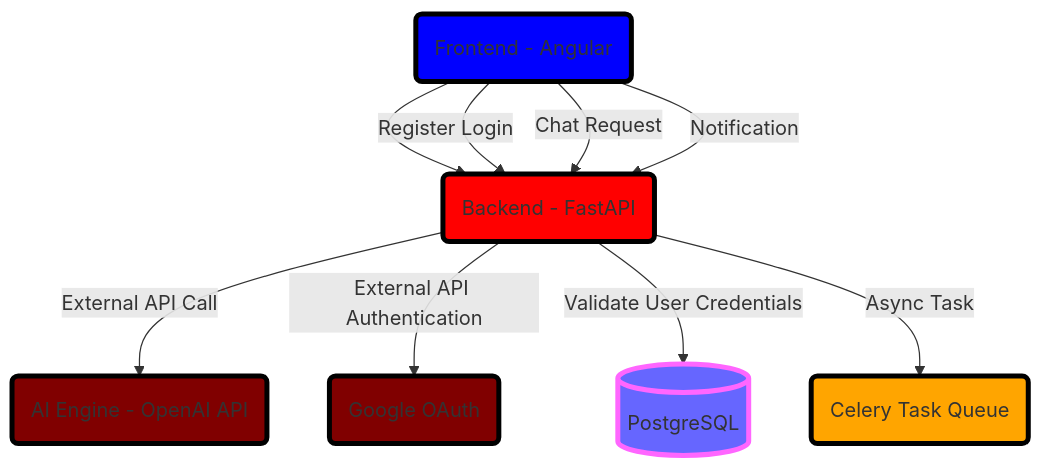
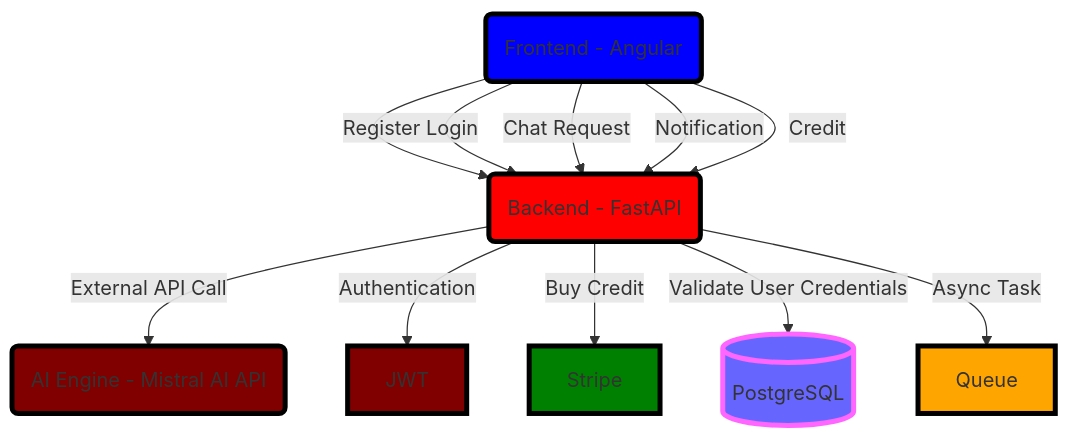
Before and after one commit to Joy-Ese/JayBank-Support-App: the first of 2 diagrams in mermaid.md, drawn with Mermaid. The commit also changed other lines of this file, not shown here.

````diff
--- a/mermaid.md
+++ b/mermaid.md
@@ -2,18 +2,21 @@
 ``` mermaid
 flowchart TD;
     FE("Frontend - Angular") --> BE("Backend - FastAPI")
-    BE -->|External API Call| AI("AI Engine - OpenAI API")
-    BE -->|External API Authentication| JWT("Google OAuth")
+    BE -->|External API Call| AI("AI Engine - Mistral AI API")
+    BE -->|Authentication| JWT
     FE -->|Register Login| BE
     FE -->|Chat Request| BE
     FE -->|Notification| BE
+    FE -->|Credit| BE
+    BE -->|Buy Credit| Stripe
     BE -->|Validate User Credentials| Database[(PostgreSQL)]
-    BE -->|Async Task| Queue("Celery Task Queue")
+    BE -->|Async Task| Queue
 
     style Database fill:#66f,stroke:#f6f,stroke-width:4px
     style FE fill:blue,stroke:black,stroke-width:4px,shadow:shadow
     style BE fill:red,stroke:black,stroke-width:4px,shadow:shadow
     style AI fill:maroon,stroke:black,stroke-width:4px,shadow:shadow
     style JWT fill:maroon,stroke:black,stroke-width:4px,shadow:shadow
     style Queue fill:orange,stroke:black,stroke-width:4px,shadow:shadow
+    style Stripe fill:green,stroke:black,stroke-width:4px,shadow:shadow
 ```
````
